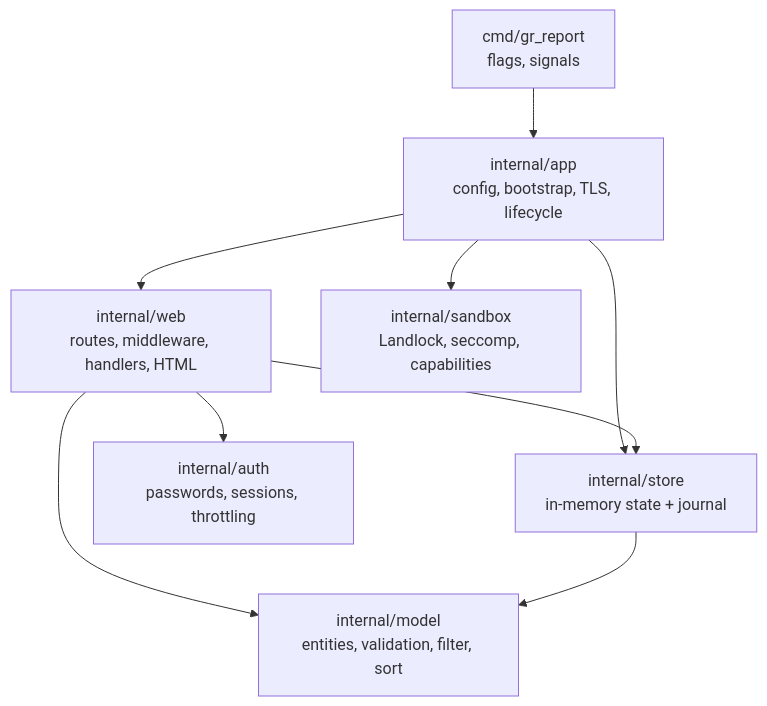
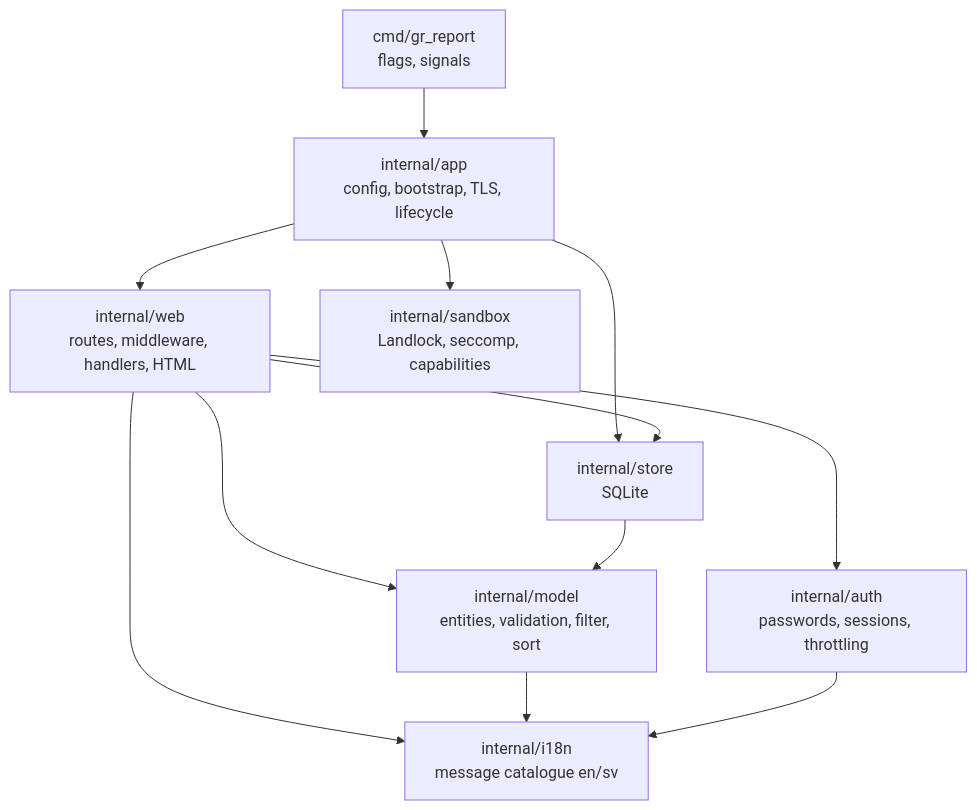
Before and after one commit to rom/gr_report: the second of 6 diagrams in docs/architecture.md, drawn with Mermaid. The commit also changed other lines of this file and 69 other files, not shown here.

````diff
--- a/docs/architecture.md
+++ b/docs/architecture.md
@@ -22,11 +22,14 @@
 ```mermaid
 flowchart TB
   main[cmd/gr_report<br/>flags, signals] --> app
   app[internal/app<br/>config, bootstrap, TLS, lifecycle] --> web
   app --> sandbox[internal/sandbox<br/>Landlock, seccomp, capabilities]
   app --> store
   web[internal/web<br/>routes, middleware, handlers, HTML] --> auth[internal/auth<br/>passwords, sessions, throttling]
-  web --> store[internal/store<br/>in-memory state + journal]
+  web --> store[internal/store<br/>SQLite]
   web --> model
+  web --> i18n
   store --> model[internal/model<br/>entities, validation, filter, sort]
+  model --> i18n[internal/i18n<br/>message catalogue en/sv]
+  auth --> i18n
 ```
````
